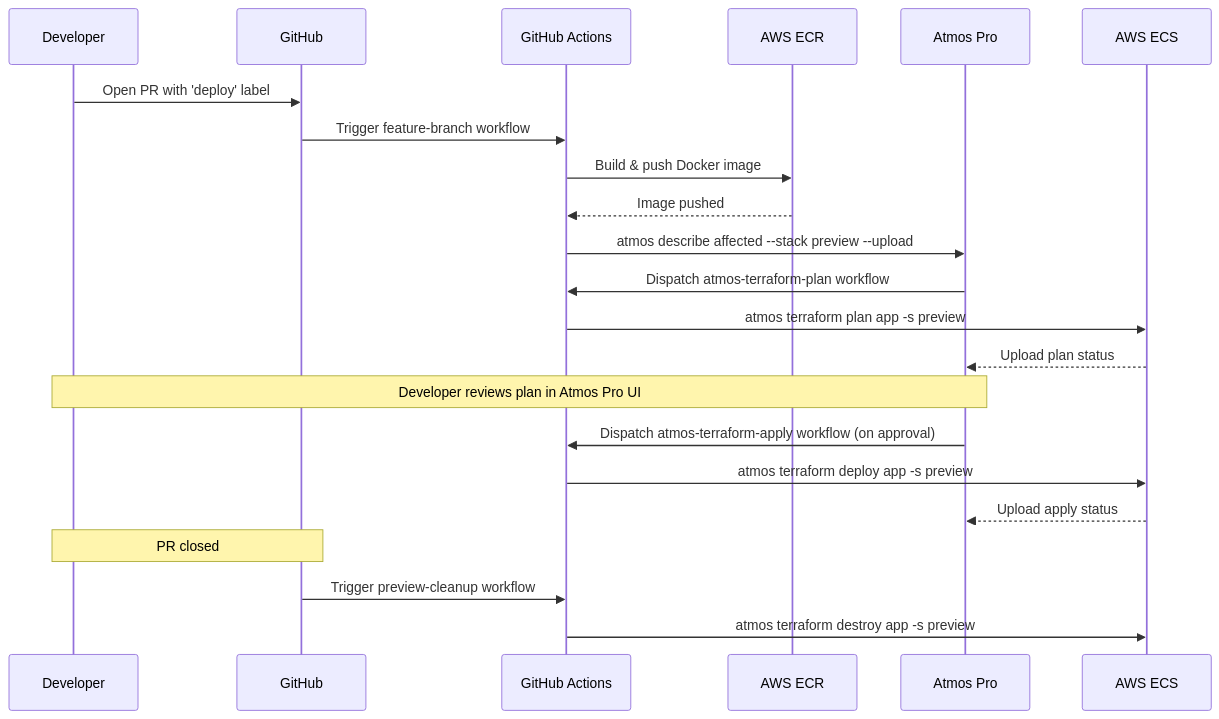
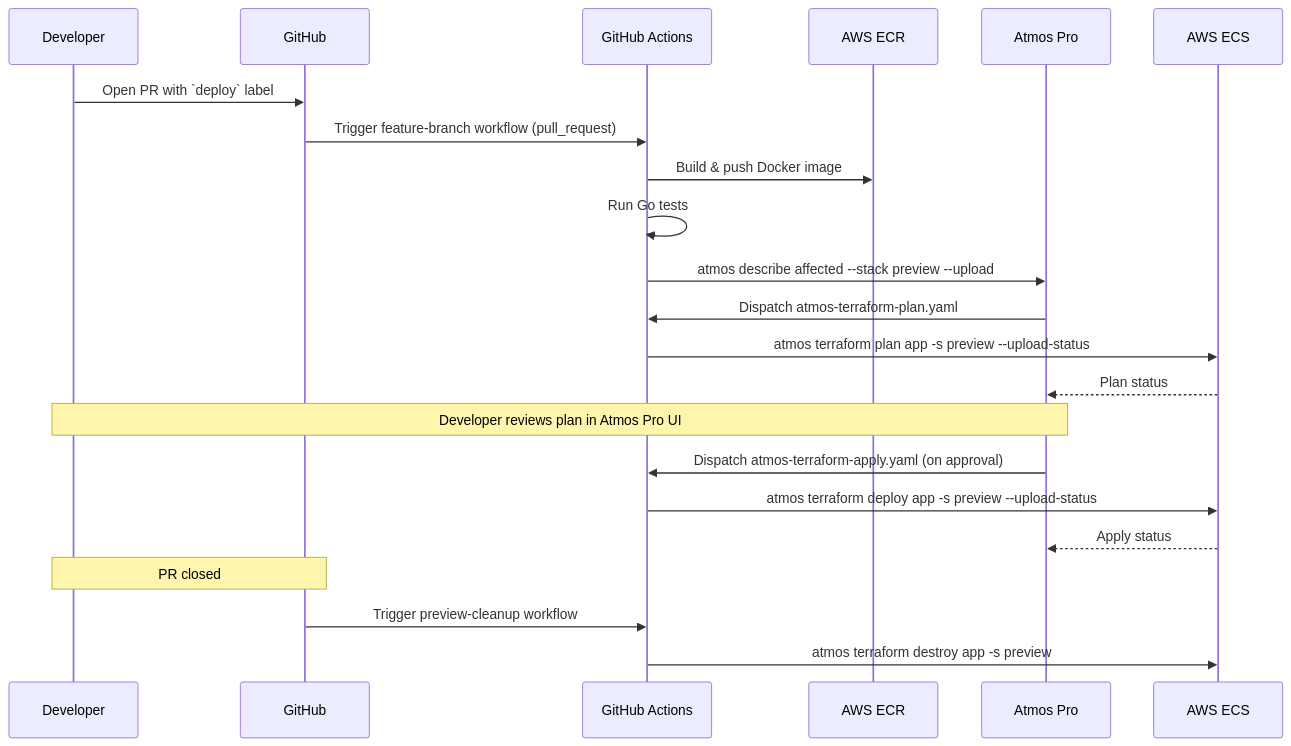
The second of 5 diagrams in .github/workflows/README.md (cloudposse-examples/atmos-pro-with-ecs), drawn with Mermaid before and after one commit. The commit also changed other lines of this file and 11 other files, not shown here.

First line of the commit message:
Run Atmos jobs in cloudposse/atmos container; add merge-queue and release dispatch

````diff
--- a/.github/workflows/README.md
+++ b/.github/workflows/README.md
@@ -41,25 +78,25 @@
 ```mermaid
 sequenceDiagram
     participant Dev as Developer
     participant GH as GitHub
     participant GA as GitHub Actions
     participant ECR as AWS ECR
     participant AP as Atmos Pro
     participant ECS as AWS ECS
 
-    Dev->>GH: Open PR with 'deploy' label
-    GH->>GA: Trigger feature-branch workflow
+    Dev->>GH: Open PR with `deploy` label
+    GH->>GA: Trigger feature-branch workflow (pull_request)
     GA->>ECR: Build & push Docker image
-    ECR-->>GA: Image pushed
+    GA->>GA: Run Go tests
     GA->>AP: atmos describe affected --stack preview --upload
-    AP->>GA: Dispatch atmos-terraform-plan workflow
-    GA->>ECS: atmos terraform plan app -s preview
-    ECS-->>AP: Upload plan status
+    AP->>GA: Dispatch atmos-terraform-plan.yaml
+    GA->>ECS: atmos terraform plan app -s preview --upload-status
+    ECS-->>AP: Plan status
     Note over Dev,AP: Developer reviews plan in Atmos Pro UI
-    AP->>GA: Dispatch atmos-terraform-apply workflow (on approval)
-    GA->>ECS: atmos terraform deploy app -s preview
-    ECS-->>AP: Upload apply status
+    AP->>GA: Dispatch atmos-terraform-apply.yaml (on approval)
+    GA->>ECS: atmos terraform deploy app -s preview --upload-status
+    ECS-->>AP: Apply status
     Note over Dev,GH: PR closed
     GH->>GA: Trigger preview-cleanup workflow
     GA->>ECS: atmos terraform destroy app -s preview
 ```
````
